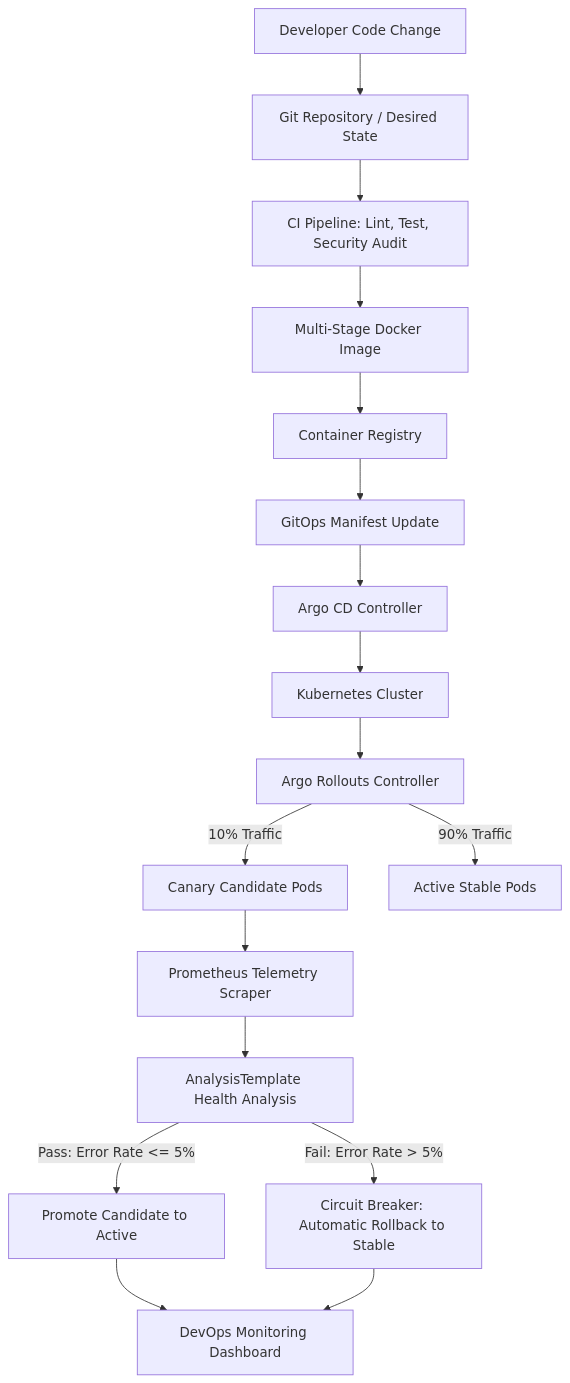
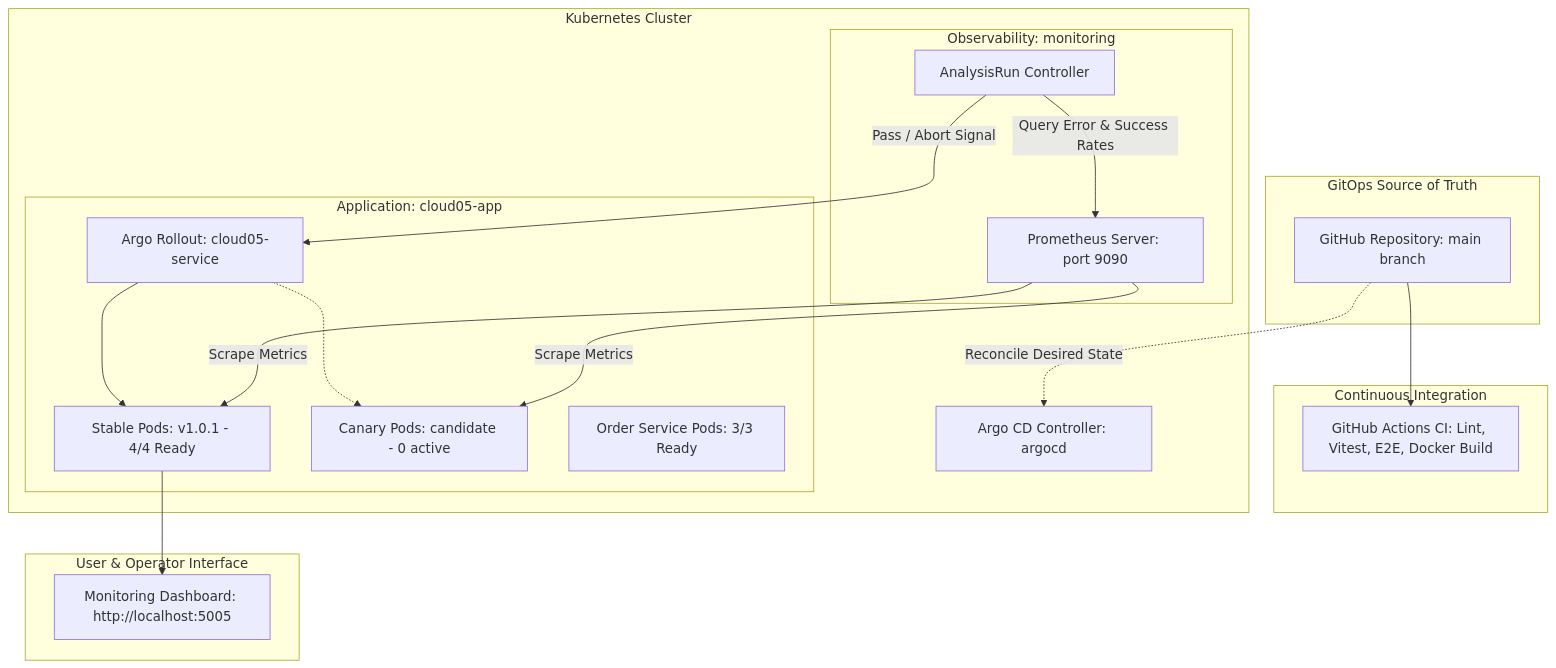
The diagram in README.md (vinayak872/CAPSTONE-FINAL), drawn with Mermaid before and after one commit. The commit also changed other lines of this file and 41 other files, not shown here.

Commit message:
chore: finalize repository cleanup, documentation suite, visual diagrams, and submission reports

````diff
--- a/README.md
+++ b/README.md
@@ -23,23 +57,40 @@
 ```mermaid
 graph TD
-    Dev[Developer Code Change] --> Git[Git Repository / Desired State]
-    Git --> CI[CI Pipeline: Lint, Test, Security Audit]
-    CI --> Docker[Multi-Stage Docker Image]
-    Docker --> Registry[Container Registry]
-    Registry --> GitOps[GitOps Manifest Update]
-    GitOps --> ArgoCD[Argo CD Controller]
-    ArgoCD --> K8s[Kubernetes Cluster]
-    K8s --> Rollout[Argo Rollouts Controller]
-    
-    Rollout -->|10% Traffic| Canary[Canary Candidate Pods]
-    Rollout -->|90% Traffic| Stable[Active Stable Pods]
-    
-    Canary --> Prom[Prometheus Telemetry Scraper]
-    Prom --> Analysis[AnalysisTemplate Health Analysis]
-    
-    Analysis -->|Pass: Error Rate <= 5%| Promote[Promote Candidate to Active]
-    Analysis -->|Fail: Error Rate > 5%| Rollback[Circuit Breaker: Automatic Rollback to Stable]
-    
-    Promote --> Dashboard[DevOps Monitoring Dashboard]
-    Rollback --> Dashboard
+    subgraph GitOps Source of Truth
+        Git[GitHub Repository: main branch]
+    end
+
+    subgraph Continuous Integration
+        Git --> CI[GitHub Actions CI: Lint, Vitest, E2E, Docker Build]
+    end
+
+    subgraph Kubernetes Cluster
+        ArgoCD[Argo CD Controller: argocd]
+        Git -.->|Reconcile Desired State| ArgoCD
+
+        subgraph Application: cloud05-app
+            Rollout[Argo Rollout: cloud05-service]
+            StablePods[Stable Pods: v1.0.1 - 4/4 Ready]
+            CanaryPods[Canary Pods: candidate - 0 active]
+            OrderPods[Order Service Pods: 3/3 Ready]
+
+            Rollout --> StablePods
+            Rollout -.-> CanaryPods
+        end
+
+        subgraph Observability: monitoring
+            Prometheus[Prometheus Server: port 9090]
+            Analysis[AnalysisRun Controller]
+
+            Prometheus -->|Scrape Metrics| StablePods
+            Prometheus -->|Scrape Metrics| CanaryPods
+            Analysis -->|Query Error & Success Rates| Prometheus
+            Analysis -->|Pass / Abort Signal| Rollout
+        end
+    end
+
+    subgraph User & Operator Interface
+        Dashboard[Monitoring Dashboard: http://localhost:5005]
+        StablePods --> Dashboard
+    end
 ```
````
